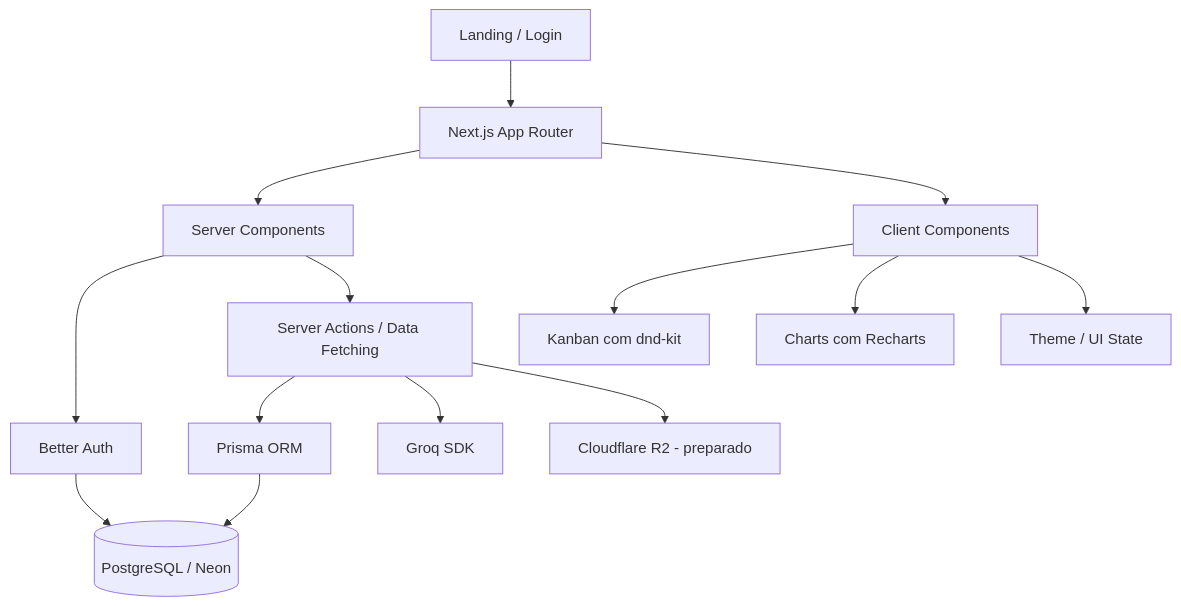
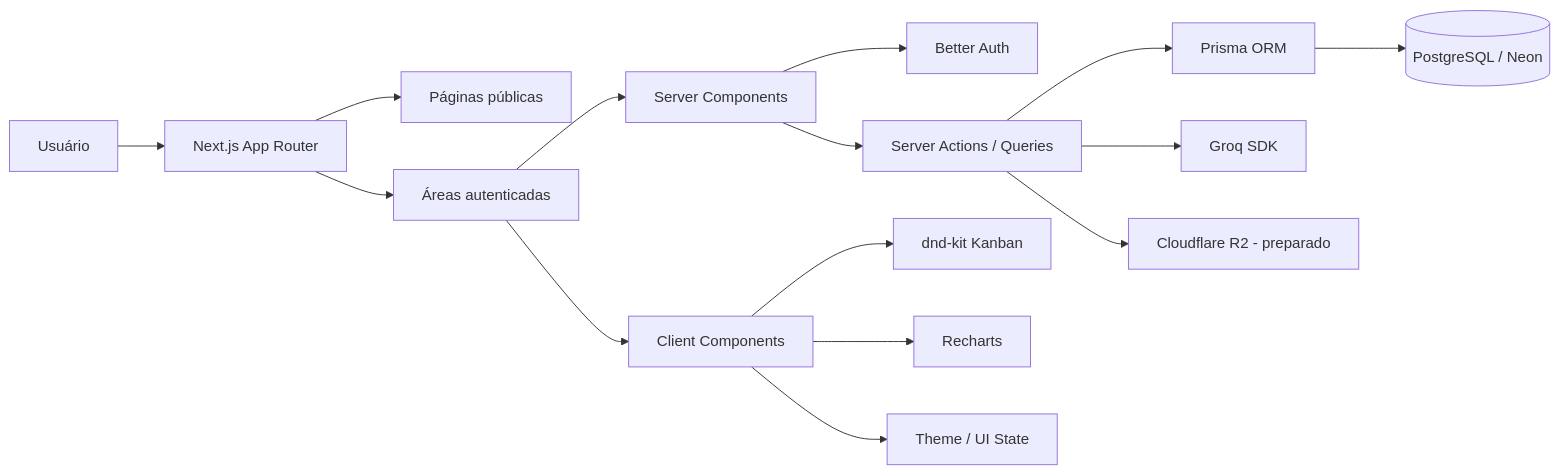
One commit to MacielDouglas/mini-crm changed the diagram in README.md. Above: the diagram before and after it, drawn with Mermaid. The commit also changed other lines of this file and 7 other files, not shown here.

````diff
--- a/README.md
+++ b/README.md
@@ -202,18 +203,21 @@
 ```mermaid
-graph TD
-    A[Landing / Login] --> B[Next.js App Router]
-    B --> C[Server Components]
-    B --> D[Client Components]
-    C --> E[Better Auth]
-    C --> F[Server Actions / Data Fetching]
-    F --> G[Prisma ORM]
-    G --> H[(PostgreSQL / Neon)]
-    F --> I[Groq SDK]
-    F --> J[Cloudflare R2 - preparado]
+flowchart LR
+    U[Usuário] --> N[Next.js App Router]
+    N --> P[Páginas públicas]
+    N --> A[Áreas autenticadas]
 
-    D --> K[Kanban com dnd-kit]
-    D --> L[Charts com Recharts]
-    D --> M[Theme / UI State]
+    A --> S[Server Components]
+    A --> C[Client Components]
 
-    E --> H
+    S --> BA[Better Auth]
+    S --> SA[Server Actions / Queries]
+    SA --> PR[Prisma ORM]
+    PR --> DB[(PostgreSQL / Neon)]
+
+    SA --> GQ[Groq SDK]
+    SA --> R2[Cloudflare R2 - preparado]
+
+    C --> DD[dnd-kit Kanban]
+    C --> RC[Recharts]
+    C --> TH[Theme / UI State]
 ```
````
